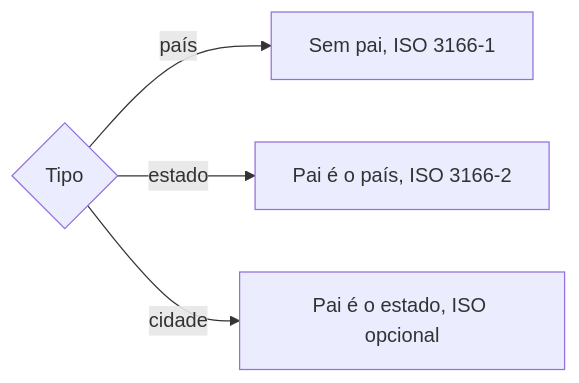
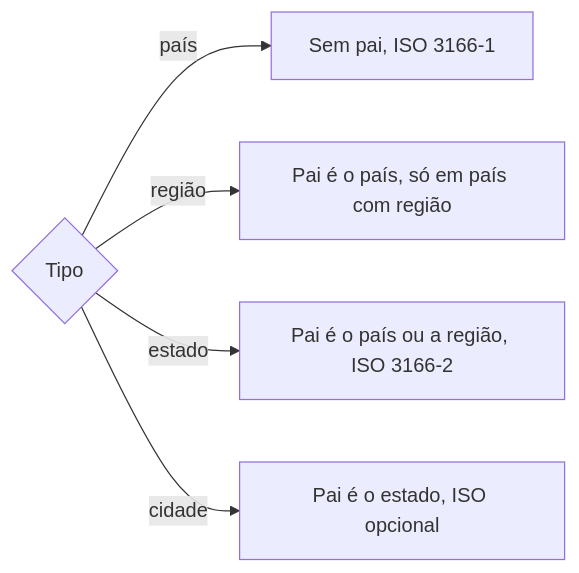
One commit to jimmyandrade/harness changed the diagram in .agents/skills/definir-localidade-geografica/SKILL.md. Above: the diagram before and after it, drawn with Mermaid. The commit also changed other lines of this file and 2 other files, not shown here.

````diff
--- a/.agents/skills/definir-localidade-geografica/SKILL.md
+++ b/.agents/skills/definir-localidade-geografica/SKILL.md
@@ -43,6 +49,7 @@
 ```mermaid
 flowchart LR
   T{Tipo} -->|país| P[Sem pai, ISO 3166-1]
-  T -->|estado| E[Pai é o país, ISO 3166-2]
+  T -->|região| R[Pai é o país, só em país com região]
+  T -->|estado| E[Pai é o país ou a região, ISO 3166-2]
   T -->|cidade| C[Pai é o estado, ISO opcional]
 ```
````
